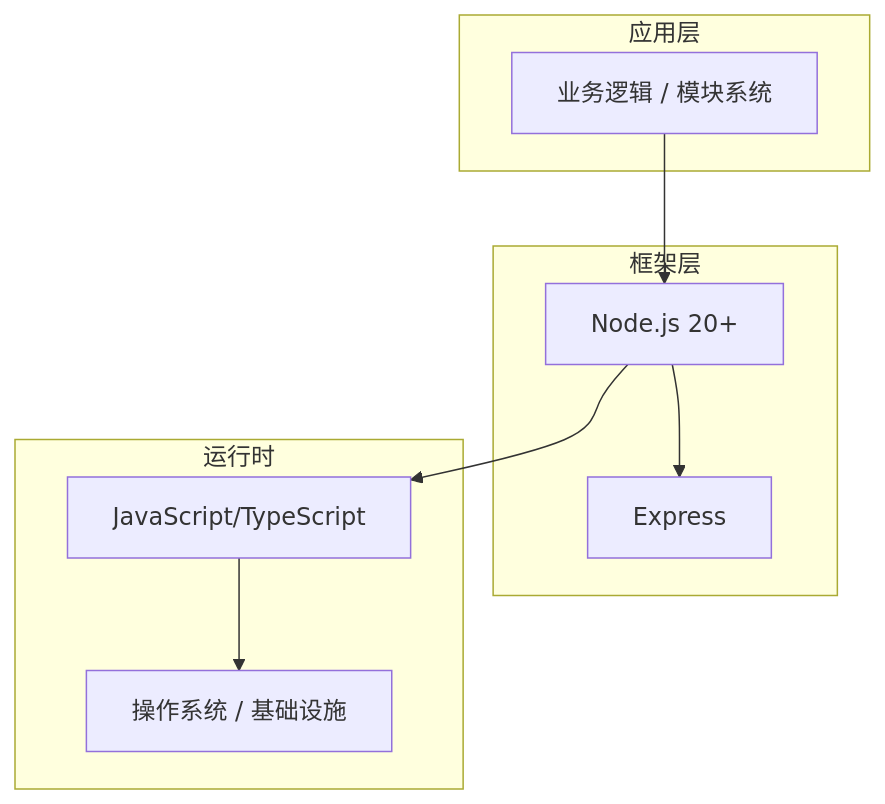
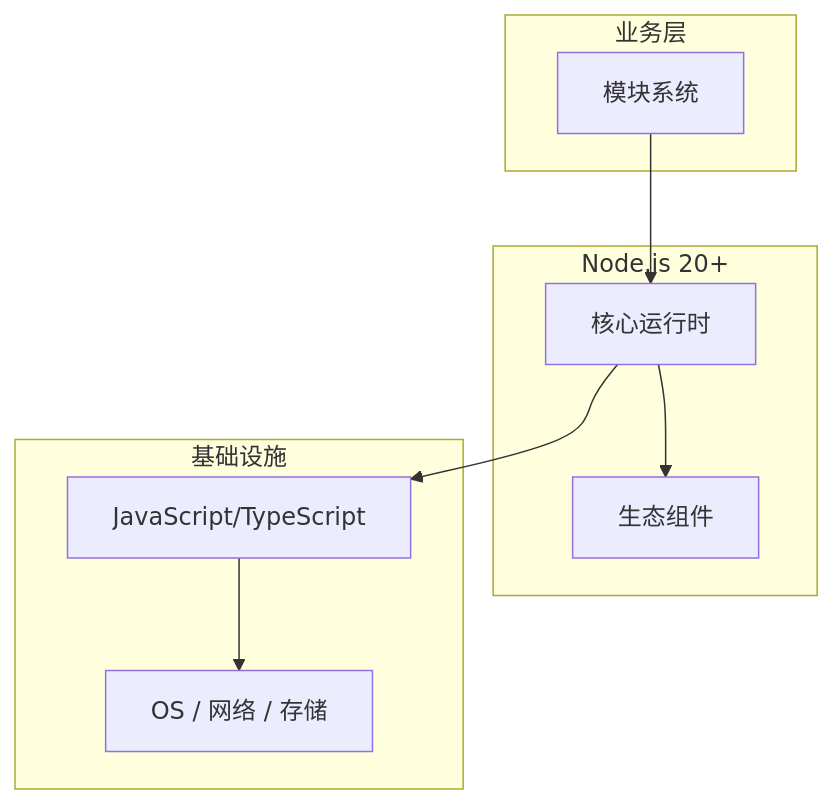
Before and after one commit to yanggan2015/knowledge-json-v2: the diagram in articles/Node.js/chapters/009-模块系统核心概念与原理.md, drawn with Mermaid. The commit also changed other lines of this file and 10127 other files, not shown here.

````diff
--- a/articles/Node.js/chapters/009-模块系统核心概念与原理.md
+++ b/articles/Node.js/chapters/009-模块系统核心概念与原理.md
@@ -45,18 +34,18 @@
 ```mermaid
 graph TB
-    subgraph 应用层
-        A[业务逻辑 / 模块系统]
+    subgraph 业务层
+        A[模块系统]
     end
-    subgraph 框架层
-        B[Node.js 20+]
-        C[Express]
+    subgraph Node.js 20+
+        B[核心运行时]
+        C[生态组件]
     end
-    subgraph 运行时
+    subgraph 基础设施
         D[JavaScript/TypeScript]
-        E[操作系统 / 基础设施]
+        E[OS / 网络 / 存储]
     end
     A --> B
     B --> C
     B --> D
     D --> E
 ```
````
